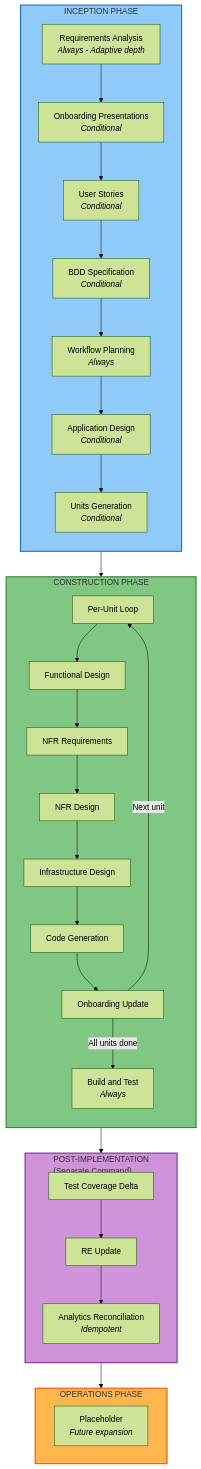
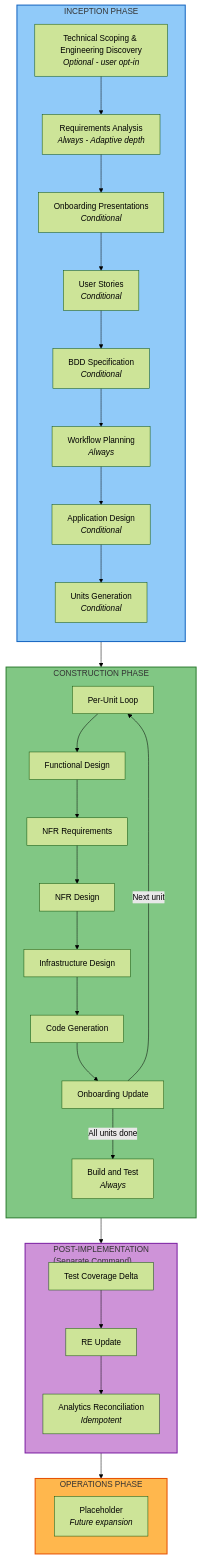
Before and after one commit to premkumarjanagarajan/fluid-flow-ai: the third of 3 diagrams in docs/WORKFLOWS.md, drawn with Mermaid (forest theme). The commit also changed other lines of this file and 5 other files, not shown here.

First line of the commit message:
Add optional Technical Scoping & Discovery stage

````diff
--- a/docs/WORKFLOWS.md
+++ b/docs/WORKFLOWS.md
@@ -224,48 +224,49 @@
 ```mermaid
 flowchart TB
     subgraph INCEPTION["INCEPTION PHASE"]
         direction TB
+        I0["Technical Scoping &amp; Engineering Discovery<br/><i>Optional - user opt-in</i>"]
         I1["Requirements Analysis<br/><i>Always - Adaptive depth</i>"]
         I2["Onboarding Presentations<br/><i>Conditional</i>"]
         I3["User Stories<br/><i>Conditional</i>"]
         I3B["BDD Specification<br/><i>Conditional</i>"]
         I4["Workflow Planning<br/><i>Always</i>"]
         I5["Application Design<br/><i>Conditional</i>"]
         I6["Units Generation<br/><i>Conditional</i>"]
-        I1 --> I2 --> I3 --> I3B --> I4 --> I5 --> I6
+        I0 --> I1 --> I2 --> I3 --> I3B --> I4 --> I5 --> I6
     end
 
     subgraph CONSTRUCTION["CONSTRUCTION PHASE"]
         direction TB
         C0["Per-Unit Loop"]
         C1["Functional Design"]
         C2["NFR Requirements"]
         C3["NFR Design"]
         C4["Infrastructure Design"]
         C5["Code Generation"]
         C6["Onboarding Update"]
         C7["Build and Test<br/><i>Always</i>"]
         C0 --> C1 --> C2 --> C3 --> C4 --> C5 --> C6
         C6 -->|"Next unit"| C0
         C6 -->|"All units done"| C7
     end
 
     subgraph POSTIMPL["POST-IMPLEMENTATION<br/>(Separate Command)"]
         direction TB
         P1["Test Coverage Delta"]
         P2["RE Update"]
         P3["Analytics Reconciliation<br/><i>Idempotent</i>"]
         P1 --> P2 --> P3
     end
 
     subgraph OPERATIONS["OPERATIONS PHASE"]
         O1["Placeholder<br/><i>Future expansion</i>"]
     end
 
     INCEPTION --> CONSTRUCTION --> POSTIMPL --> OPERATIONS
 
     style INCEPTION fill:#90CAF9,stroke:#1565C0,stroke-width:2px
     style CONSTRUCTION fill:#81C784,stroke:#2E7D32,stroke-width:2px
     style POSTIMPL fill:#CE93D8,stroke:#7B1FA2,stroke-width:2px
     style OPERATIONS fill:#FFB74D,stroke:#E65100,stroke-width:2px
 ```
````
